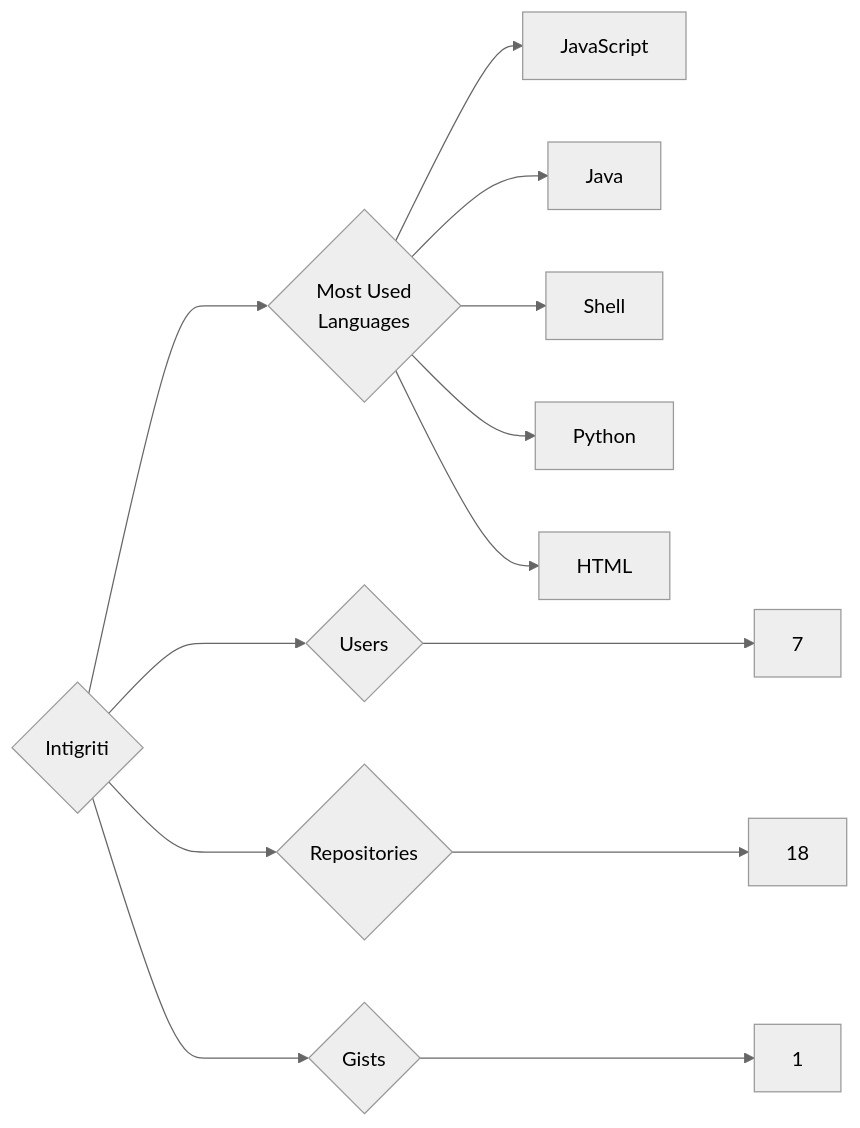
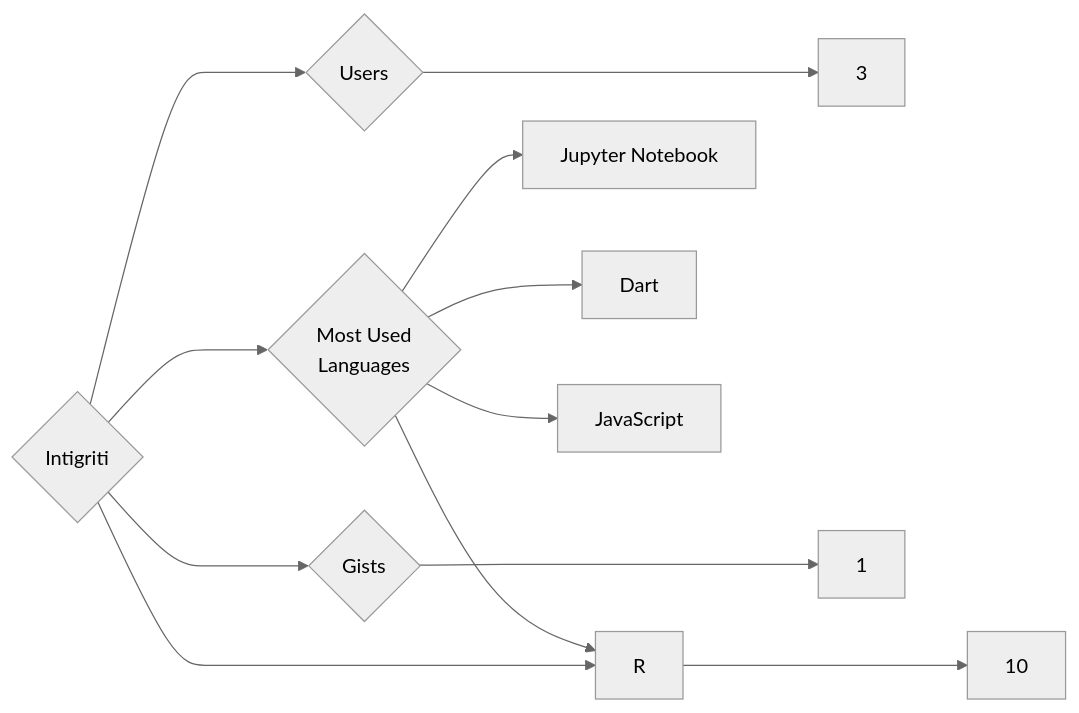
One commit to trickest/insiders changed the diagram in targets/Intigriti/README.md. Above: the diagram before and after it, drawn with Mermaid (neutral theme). The commit also changed 934 other files, not shown here.

````diff
--- a/targets/Intigriti/README.md
+++ b/targets/Intigriti/README.md
@@ -3,13 +3,12 @@
 ```mermaid
 graph LR
 COMPANY_NAME{Intigriti}
-COMPANY_NAME ---> U{Users} ---> UN[7]
-COMPANY_NAME ---> R{Repositories} ---> RN[18]
+COMPANY_NAME ---> U{Users} ---> UN[3]
+COMPANY_NAME ---> R{Repositories} ---> RN[10]
 COMPANY_NAME ---> G{Gists} ---> GN[1]
 COMPANY_NAME ---> ML{Most Used<br>Languages}
+ML --> Jupyter_Notebook[Jupyter Notebook]
+ML --> Dart[Dart]
+ML --> R[R]
 ML --> JavaScript[JavaScript]
-ML --> Java[Java]
-ML --> Shell[Shell]
-ML --> Python[Python]
-ML --> HTML[HTML]
 ```
````
